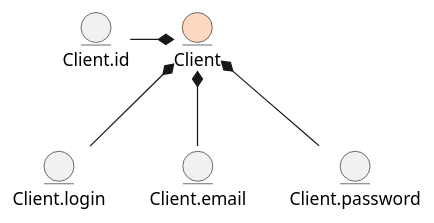
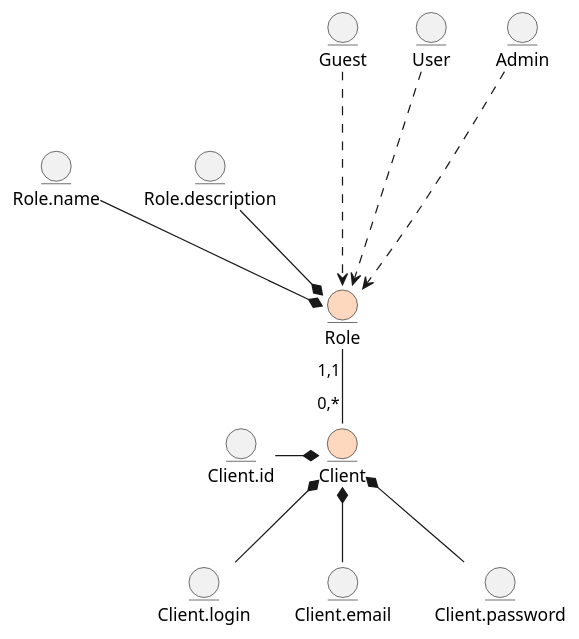
The diagram in docs/design/README.md (nonGratis/retarder-io-23-3), drawn with PlantUML before and after one commit.

Commit message:
add Roles for Client to UML in BM

````diff
--- a/docs/design/README.md
+++ b/docs/design/README.md
@@ -5,17 +5,32 @@
 ```plantuml
 @startuml
 
 entity Client #fdd8bf
   entity Client.id
   entity Client.login
   entity Client.email
   entity Client.password
 
   Client.id -r-* Client
   Client.login -u-* Client
   Client.email -u-* Client
   Client.password -u-* Client
 
+entity Role #fdd8bf
+  entity Role.name
+  entity Role.description
 
+  Role.name --* Role
+  Role.description --* Role
+
+  entity Guest
+  entity User
+  entity Admin
+
+  Guest ...> Role
+  User ...> Role
+  Admin ...> Role
+
+Role "1,1"--"0,*" Client
 @enduml
 ```
````
